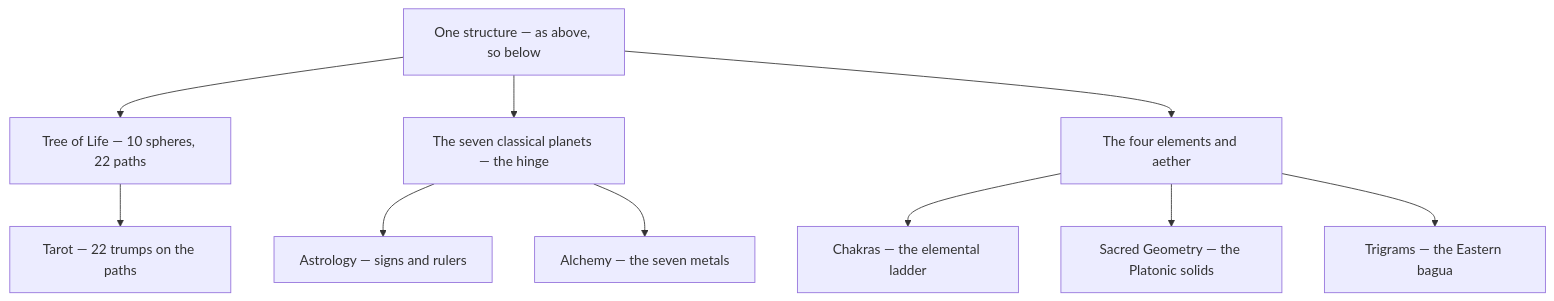
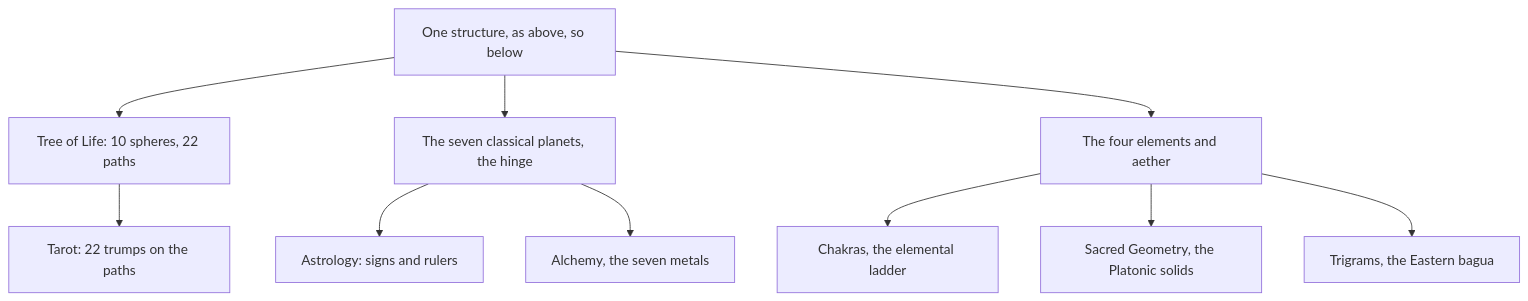
Before and after one commit to kennethreitz/kennethreitz.org: the diagram in data/knowledge/table-of-correspondences.md, drawn with Mermaid. The commit also changed other lines of this file and 879 other files, not shown here.

````diff
--- a/data/knowledge/table-of-correspondences.md
+++ b/data/knowledge/table-of-correspondences.md
@@ -17,13 +17,13 @@
 ```mermaid
 flowchart TD
-    ONE["One structure — as above, so below"]
-    ONE --> TREE["Tree of Life — 10 spheres, 22 paths"]
-    ONE --> PLANETS["The seven classical planets — the hinge"]
+    ONE["One structure, as above, so below"]
+    ONE --> TREE["Tree of Life: 10 spheres, 22 paths"]
+    ONE --> PLANETS["The seven classical planets, the hinge"]
     ONE --> ELEM["The four elements and aether"]
-    TREE --> TAROT["Tarot — 22 trumps on the paths"]
-    PLANETS --> ASTRO["Astrology — signs and rulers"]
-    PLANETS --> ALCHEMY["Alchemy — the seven metals"]
-    ELEM --> CHAKRAS["Chakras — the elemental ladder"]
-    ELEM --> GEOM["Sacred Geometry — the Platonic solids"]
-    ELEM --> TRIG["Trigrams — the Eastern bagua"]
+    TREE --> TAROT["Tarot: 22 trumps on the paths"]
+    PLANETS --> ASTRO["Astrology: signs and rulers"]
+    PLANETS --> ALCHEMY["Alchemy, the seven metals"]
+    ELEM --> CHAKRAS["Chakras, the elemental ladder"]
+    ELEM --> GEOM["Sacred Geometry, the Platonic solids"]
+    ELEM --> TRIG["Trigrams, the Eastern bagua"]
 ```
````
